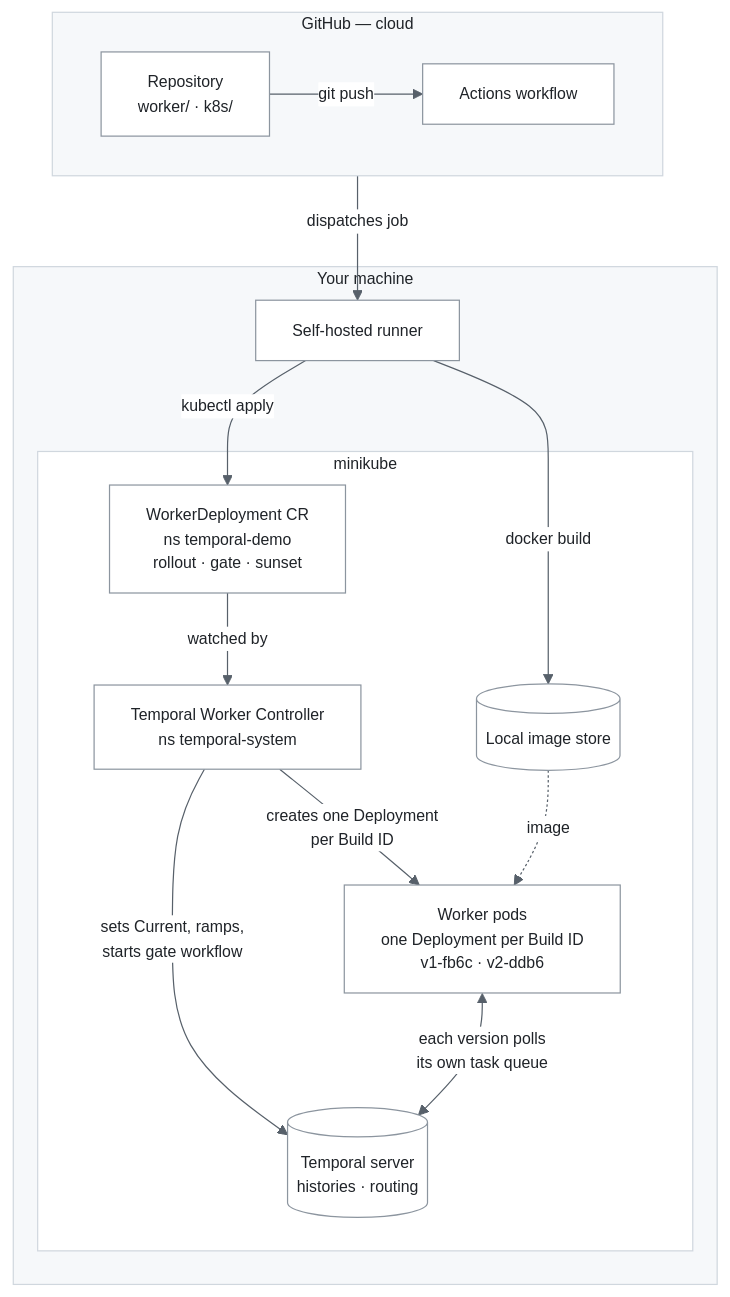
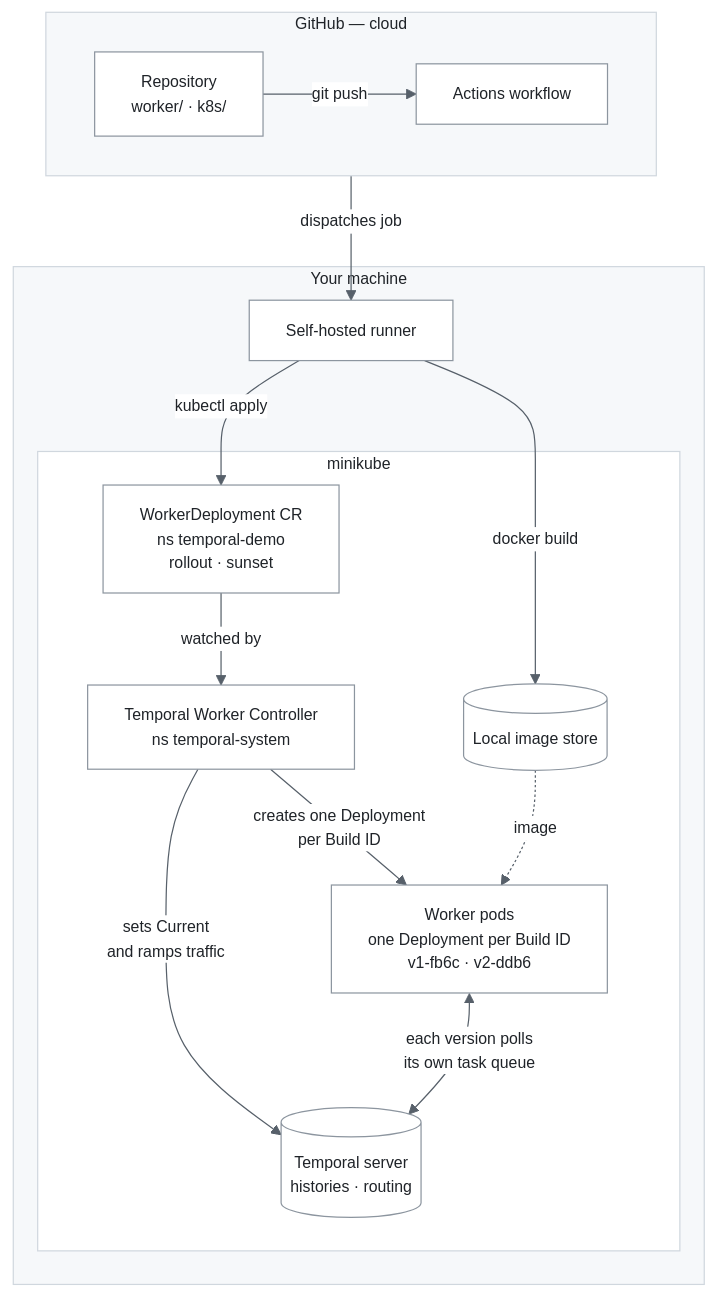
Before and after one commit to adam-quan/worker-controller-demo: the first of 3 diagrams in docs/automating-temporal-worker-versioning.md, drawn with Mermaid. The commit also changed other lines of this file and 7 other files, not shown here.

First line of the commit message:
Remove RolloutGate and HealthCheckWorkflow

````diff
--- a/docs/automating-temporal-worker-versioning.md
+++ b/docs/automating-temporal-worker-versioning.md
@@ -45,48 +45,48 @@
 ```mermaid
 %%{init: {"theme":"base","themeVariables":{"background":"#ffffff","primaryColor":"#ffffff","primaryTextColor":"#1f2328","primaryBorderColor":"#8c959f","lineColor":"#57606a","secondaryColor":"#f6f8fa","tertiaryColor":"#ffffff","clusterBkg":"#f6f8fa","clusterBorder":"#d0d7de","edgeLabelBackground":"#ffffff","fontSize":"13px","arrowheadColor":"#57606a","titleColor":"#1f2328","nodeTextColor":"#1f2328","textColor":"#1f2328"},"flowchart":{"htmlLabels":true,"useMaxWidth":true,"diagramPadding":24,"nodeSpacing":45,"rankSpacing":55}}}%%
 flowchart TB
 
     %% --- Cloud -----------------------------------------------------------
     subgraph GH["GitHub — cloud"]
         direction LR
         REPO["Repository<br/>worker/ · k8s/"]
         GHA["Actions workflow"]
     end
 
     %% --- Local machine ---------------------------------------------------
     %% Only two levels of nesting: the machine, and the cluster on it.
     %% Namespaces are named in the node labels instead of nested further.
     subgraph LAPTOP["Your machine"]
         RUNNER["Self-hosted runner"]
 
         subgraph MK["minikube"]
             IMG[("Local image store")]
-            CR["WorkerDeployment CR<br/>ns temporal-demo<br/>rollout · gate · sunset"]
+            CR["WorkerDeployment CR<br/>ns temporal-demo<br/>rollout · sunset"]
             CTRL["Temporal Worker Controller<br/>ns temporal-system"]
             W["Worker pods<br/>one Deployment per Build ID<br/>v1-fb6c · v2-ddb6"]
             TS[("Temporal server<br/>histories · routing")]
         end
     end
 
     %% --- One path down the page: commit, apply, reconcile, run -----------
     REPO -->|"git push"| GHA
     GHA -->|"dispatches job"| RUNNER
     RUNNER -->|"docker build"| IMG
     RUNNER -->|"kubectl apply"| CR
     CR -->|"watched by"| CTRL
     CTRL -->|"creates one Deployment<br/>per Build ID"| W
-    CTRL -->|"sets Current, ramps,<br/>starts gate workflow"| TS
+    CTRL -->|"sets Current<br/>and ramps traffic"| TS
 
     IMG -.->|"image"| W
     W <-->|"each version polls<br/>its own task queue"| TS
 
     %% --- Light palette, in plain diagram syntax --------------------------
     classDef box fill:#ffffff,stroke:#8c959f,stroke-width:1px,color:#1f2328
     class REPO,GHA,RUNNER,IMG,CR,CTRL,W,TS box
 
     style GH fill:#f6f8fa,stroke:#d0d7de,color:#1f2328
     style LAPTOP fill:#f6f8fa,stroke:#d0d7de,color:#1f2328
     style MK fill:#ffffff,stroke:#d0d7de,color:#1f2328
 
     linkStyle default stroke:#57606a,color:#1f2328
 ```
````
